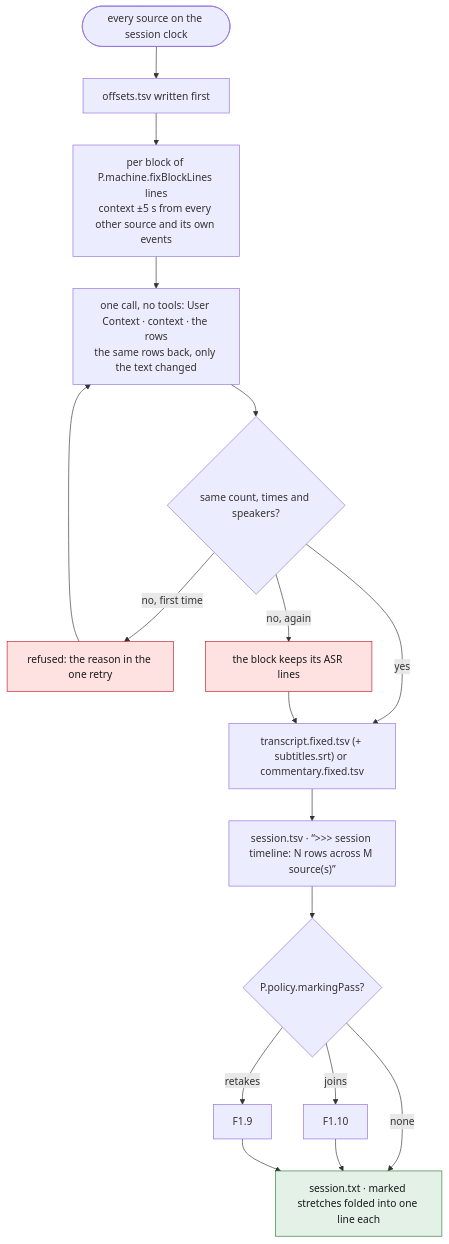
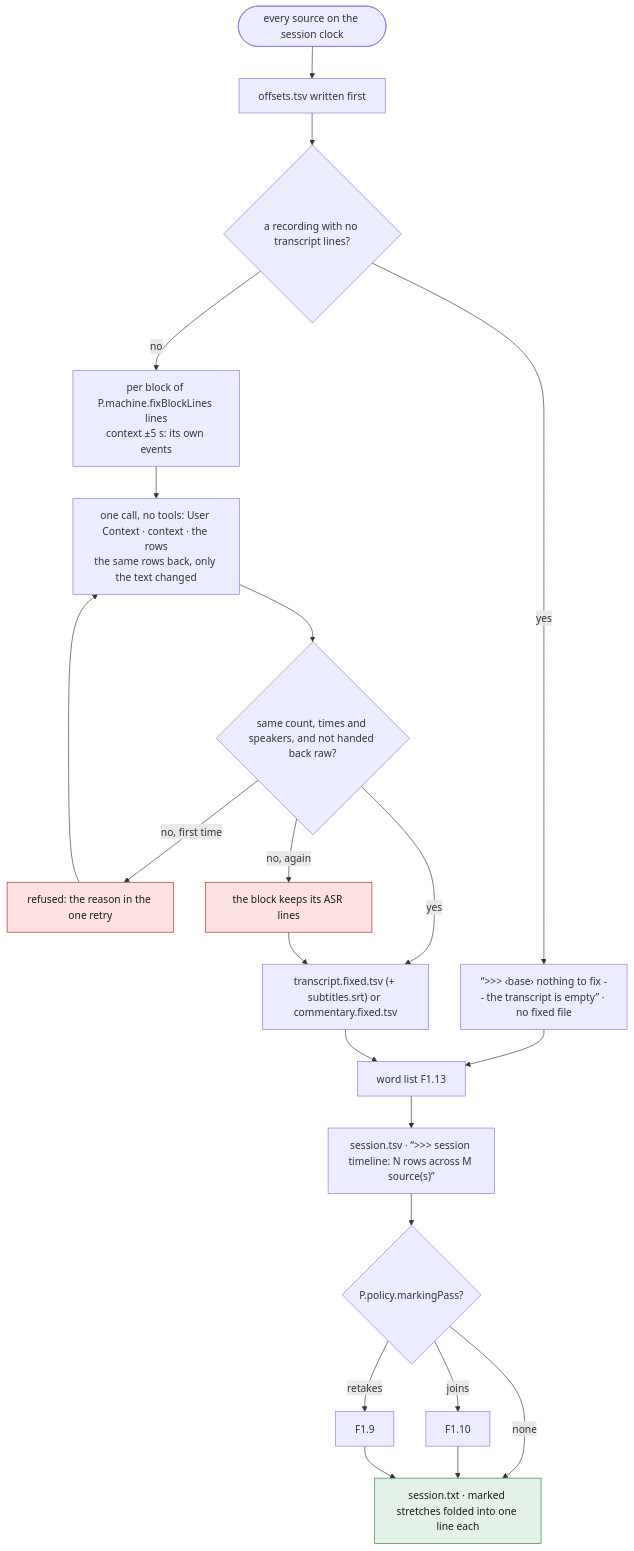
The eighth of 12 diagrams in spec/04-prepare.md (tbocek/naivepost), drawn with Mermaid before and after one commit. The commit also changed other lines of this file and 21 other files, not shown here.

````diff
--- a/spec/04-prepare.md
+++ b/spec/04-prepare.md
@@ -238,22 +238,26 @@
 ```mermaid
 flowchart TD
   A(["every source on the session clock"]) --> OFF["offsets.tsv written first"]
-  OFF --> BL["per block of P.machine.fixBlockLines lines<br/>context ±5 s from every other source and its own events"]
+  OFF --> SIL{"a recording with no transcript lines?"}
+  SIL -- yes --> SKIP["“>>> ‹base› nothing to fix -- the transcript is empty” · no fixed file"]
+  SIL -- no --> BL["per block of P.machine.fixBlockLines lines<br/>context ±5 s: its own events"]
   BL --> T["one call, no tools: User Context · context · the rows<br/>the same rows back, only the text changed"]
-  T --> V{"same count, times and speakers?"}
+  T --> V{"same count, times and speakers, and not handed back raw?"}
   V -- "no, first time" --> ERR["refused: the reason in the one retry"]:::refuse
   ERR --> T
   V -- "no, again" --> KEEP["the block keeps its ASR lines"]:::refuse
   V -- yes --> OUT["transcript.fixed.tsv (+ subtitles.srt) or commentary.fixed.tsv"]
   KEEP --> OUT
-  OUT --> SS["session.tsv · “>>> session timeline: N rows across M source(s)”"]
+  SKIP --> WL
+  OUT --> WL["word list F1.13"]
+  WL --> SS["session.tsv · “>>> session timeline: N rows across M source(s)”"]
   SS --> MK{"P.policy.markingPass?"}
   MK -- joins --> J["F1.10"]
   MK -- retakes --> RT["F1.9"]
   MK -- none --> TXT
   J --> TXT
   RT --> TXT["session.txt · marked stretches folded into one line each"]:::done
   classDef refuse fill:#fde2e1,stroke:#c01c28,color:#1a1a1a
   classDef done fill:#e3f1e6,stroke:#2e7d32,color:#1a1a1a
   classDef ask fill:#e8eefc,stroke:#3a63c8,color:#1a1a1a
 ```
````
